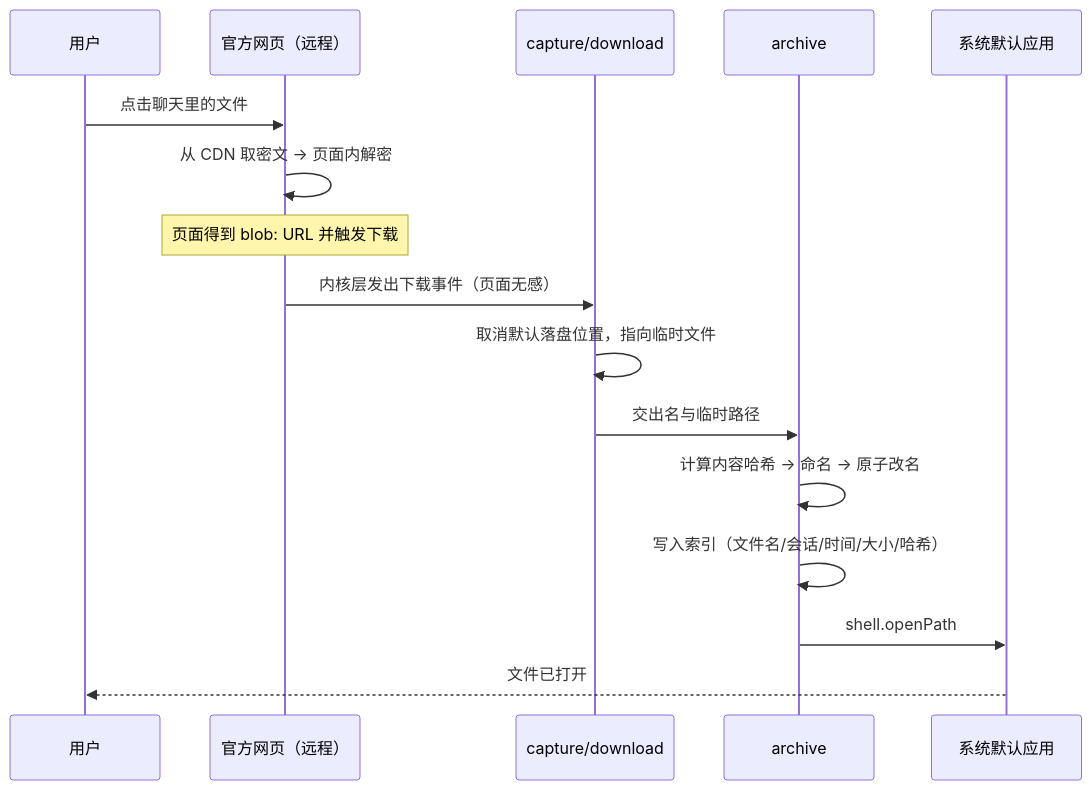
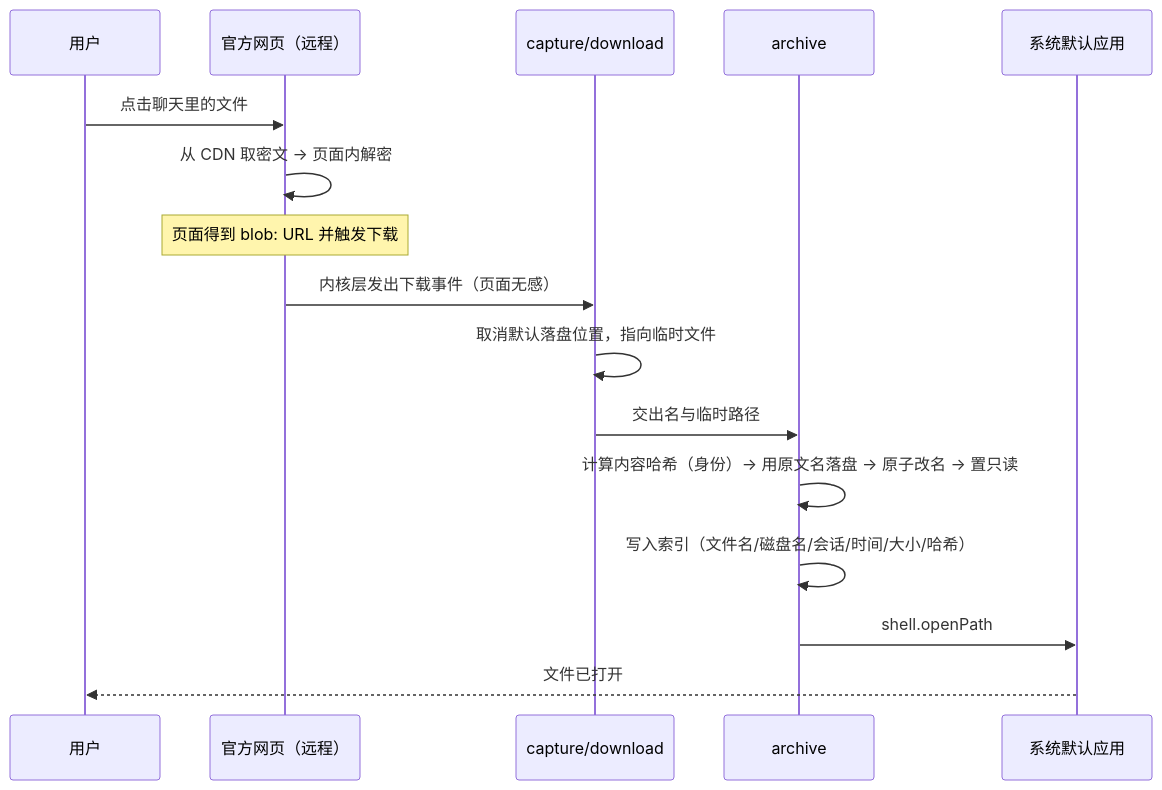
One commit to edwinhuish/WaaChat changed the first of 2 diagrams in docs/architecture.md. Above: the diagram before and after it, drawn with Mermaid. The commit also changed other lines of this file and 7 other files, not shown here.

````diff
--- a/docs/architecture.md
+++ b/docs/architecture.md
@@ -58,19 +58,19 @@
 ```mermaid
 sequenceDiagram
     participant U as 用户
     participant P as 官方网页（远程）
     participant C as capture/download
     participant A as archive
     participant S as 系统默认应用
 
     U->>P: 点击聊天里的文件
     P->>P: 从 CDN 取密文 → 页面内解密
     Note over P: 页面得到 blob: URL 并触发下载
     P->>C: 内核层发出下载事件（页面无感）
     C->>C: 取消默认落盘位置，指向临时文件
     C->>A: 交出名与临时路径
-    A->>A: 计算内容哈希 → 命名 → 原子改名
-    A->>A: 写入索引（文件名/会话/时间/大小/哈希）
+    A->>A: 计算内容哈希（身份）→ 用原文名落盘 → 原子改名 → 置只读
+    A->>A: 写入索引（文件名/磁盘名/会话/时间/大小/哈希）
     A->>S: shell.openPath
     S-->>U: 文件已打开
 ```
````
